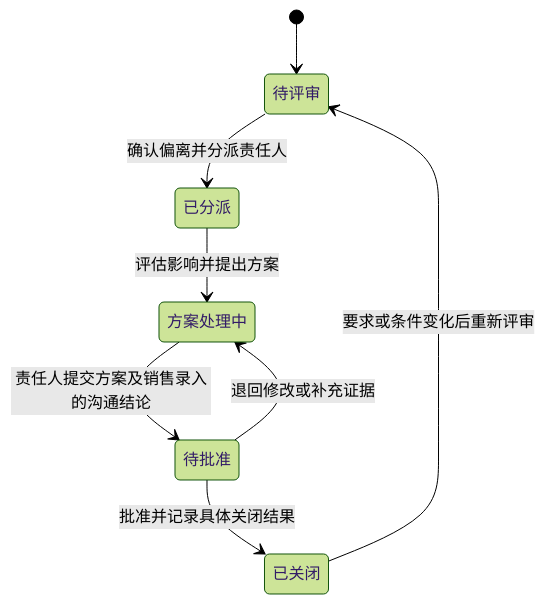
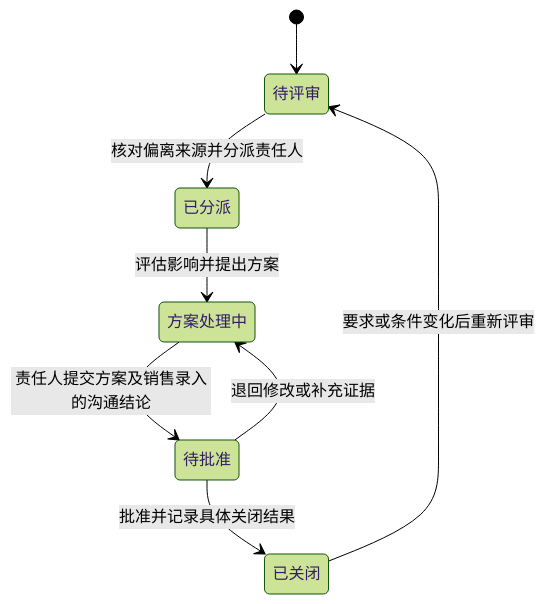
The third of 4 diagrams in FEP销售RFQ提效Agent_PRD_v0.2.md (mingming11115/fep-rfq-agent), drawn with Mermaid (forest theme) before and after one commit. The commit also changed other lines of this file and 4 other files, not shown here.

````diff
--- a/FEP销售RFQ提效Agent_PRD_v0.2.md
+++ b/FEP销售RFQ提效Agent_PRD_v0.2.md
@@ -662,15 +687,15 @@
 ```mermaid
 stateDiagram-v2
     state "待评审" as Pending
     state "已分派" as Assigned
     state "方案处理中" as Processing
     state "待批准" as Approval
     state "已关闭" as Closed
     [*] --> Pending
-    Pending --> Assigned: 确认偏离并分派责任人
+    Pending --> Assigned: 核对偏离来源并分派责任人
     Assigned --> Processing: 评估影响并提出方案
     Processing --> Approval: 责任人提交方案及销售录入的沟通结论
     Approval --> Processing: 退回修改或补充证据
     Approval --> Closed: 批准并记录具体关闭结果
     Closed --> Pending: 要求或条件变化后重新评审
 ```
````
